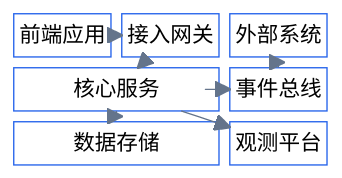
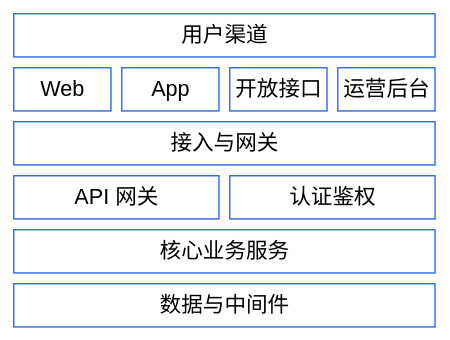
One commit to BeWaterMyFriend7/SKILL-PROJECT changed the diagram in .opencode/skills/mermaid-gen/examples/block-diagram.md. Above: the diagram before and after it, drawn with Mermaid. The commit also changed other lines of this file and 39 other files, not shown here.

First line of the commit message:
优化 mermaid-gen 生成流程与校验能力

````diff
--- a/.opencode/skills/mermaid-gen/examples/block-diagram.md
+++ b/.opencode/skills/mermaid-gen/examples/block-diagram.md
@@ -3,18 +5,15 @@
 ```mermaid
 %%{init: {"theme":"base","themeVariables":{"fontFamily":"Inter, Noto Sans SC, Microsoft YaHei, sans-serif","primaryColor":"#FFFFFF","primaryBorderColor":"#2563EB","primaryTextColor":"#172033","lineColor":"#64748B","background":"#F6F8FB"}}}%%
 block-beta
-    columns 3
-    frontend["前端应用"]
-    gateway["接入网关"]
-    external["外部系统"]
-    services["核心服务"]:2
-    events["事件总线"]
-    database["数据存储"]:2
-    observe["观测平台"]
-    frontend --> gateway
-    gateway --> services
-    services --> database
-    services --> events
-    events --> external
-    services --> observe
+    columns 4
+    channels["用户渠道"]:4
+    web["Web"]
+    app["App"]
+    openapi["开放接口"]
+    admin["运营后台"]
+    access["接入与网关"]:4
+    gateway["API 网关"]:2
+    auth["认证鉴权"]:2
+    services["核心业务服务"]:4
+    data["数据与中间件"]:4
 ```
````
